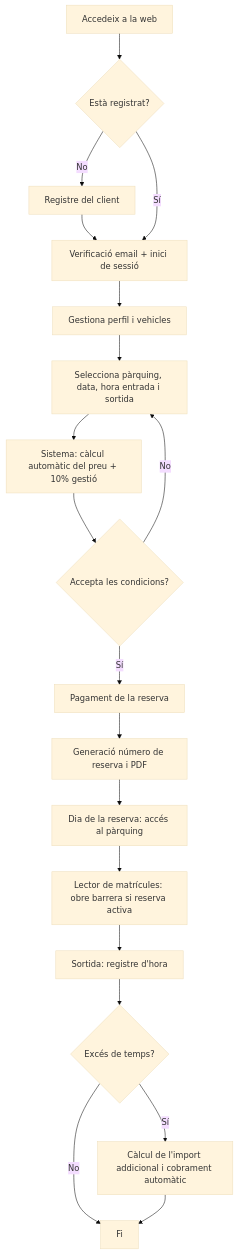
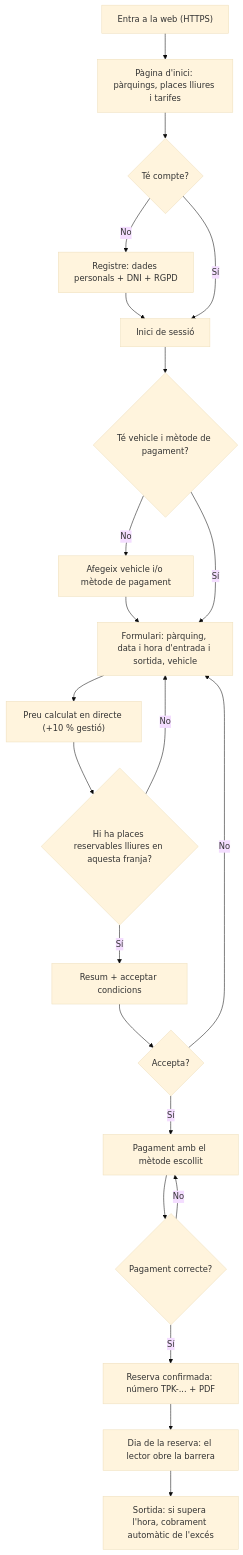
Before and after one commit to carlosxavierx/parkingcsj: the third of 7 diagrams in proyecto_parking/sprint1/01-esquema-funcional.md, drawn with Mermaid (base theme). The commit also changed other lines of this file and 8 other files, not shown here.

````diff
--- a/proyecto_parking/sprint1/01-esquema-funcional.md
+++ b/proyecto_parking/sprint1/01-esquema-funcional.md
@@ -190,21 +192,24 @@
 ```mermaid
 flowchart TD
-    A["Accedeix a la web"] --> B{"Està registrat?"}
-    B -- No --> C["Registre del client"]
-    C --> D["Verificació email + inici de sessió"]
-    B -- Sí --> D
-    D --> E["Gestiona perfil i vehicles"]
-    E --> F["Selecciona pàrquing, data, hora entrada i sortida"]
-    F --> G["Sistema: càlcul automàtic del preu + 10% gestió"]
-    G --> H{"Accepta les condicions?"}
-    H -- No --> F
-    H -- Sí --> I["Pagament de la reserva"]
-    I --> J["Generació número de reserva i PDF"]
-    J --> K["Dia de la reserva: accés al pàrquing"]
-    K --> L["Lector de matrícules: obre barrera si reserva activa"]
-    L --> M["Sortida: registre d'hora"]
-    M --> N{"Excés de temps?"}
-    N -- No --> O["Fi"]
-    N -- Sí --> P["Càlcul de l'import addicional i cobrament automàtic"]
-    P --> O
+    A["Entra a la web (HTTPS)"] --> B["Pàgina d'inici: pàrquings, places lliures i tarifes"]
+    B --> C{"Té compte?"}
+    C -- No --> D["Registre: dades personals + DNI + RGPD"]
+    D --> E["Inici de sessió"]
+    C -- Sí --> E
+    E --> F{"Té vehicle i mètode de pagament?"}
+    F -- No --> G["Afegeix vehicle i/o mètode de pagament"]
+    G --> H
+    F -- Sí --> H["Formulari: pàrquing, data i hora d'entrada i sortida, vehicle"]
+    H --> I["Preu calculat en directe (+10 % gestió)"]
+    I --> J{"Hi ha places reservables lliures en aquesta franja?"}
+    J -- No --> H
+    J -- Sí --> K["Resum + acceptar condicions"]
+    K --> L{"Accepta?"}
+    L -- No --> H
+    L -- Sí --> M["Pagament amb el mètode escollit"]
+    M --> N{"Pagament correcte?"}
+    N -- No --> M
+    N -- Sí --> O["Reserva confirmada: número TPK-... + PDF"]
+    O --> P["Dia de la reserva: el lector obre la barrera"]
+    P --> Q["Sortida: si supera l'hora, cobrament automàtic de l'excés"]
 ```
````
